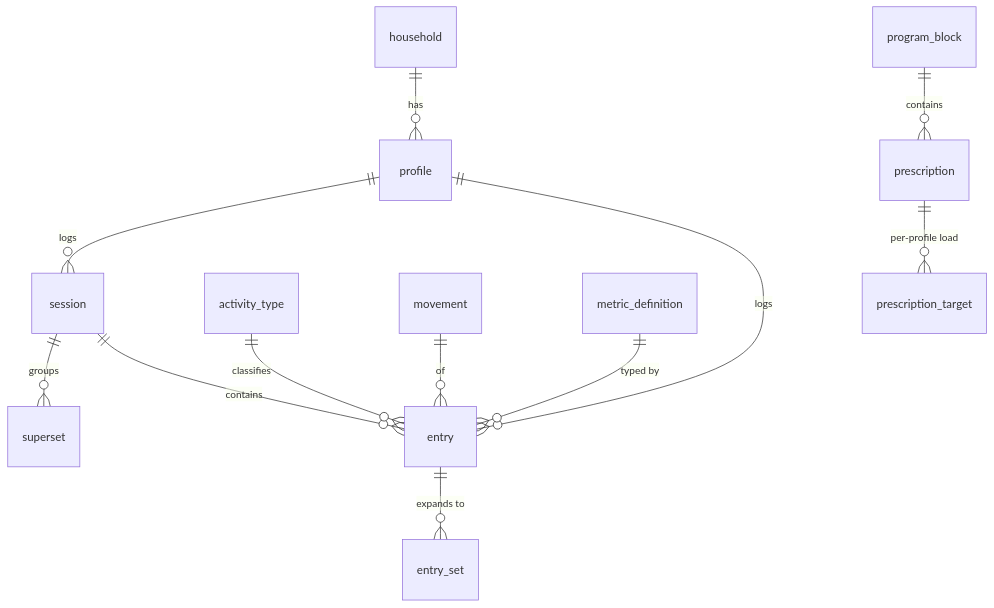
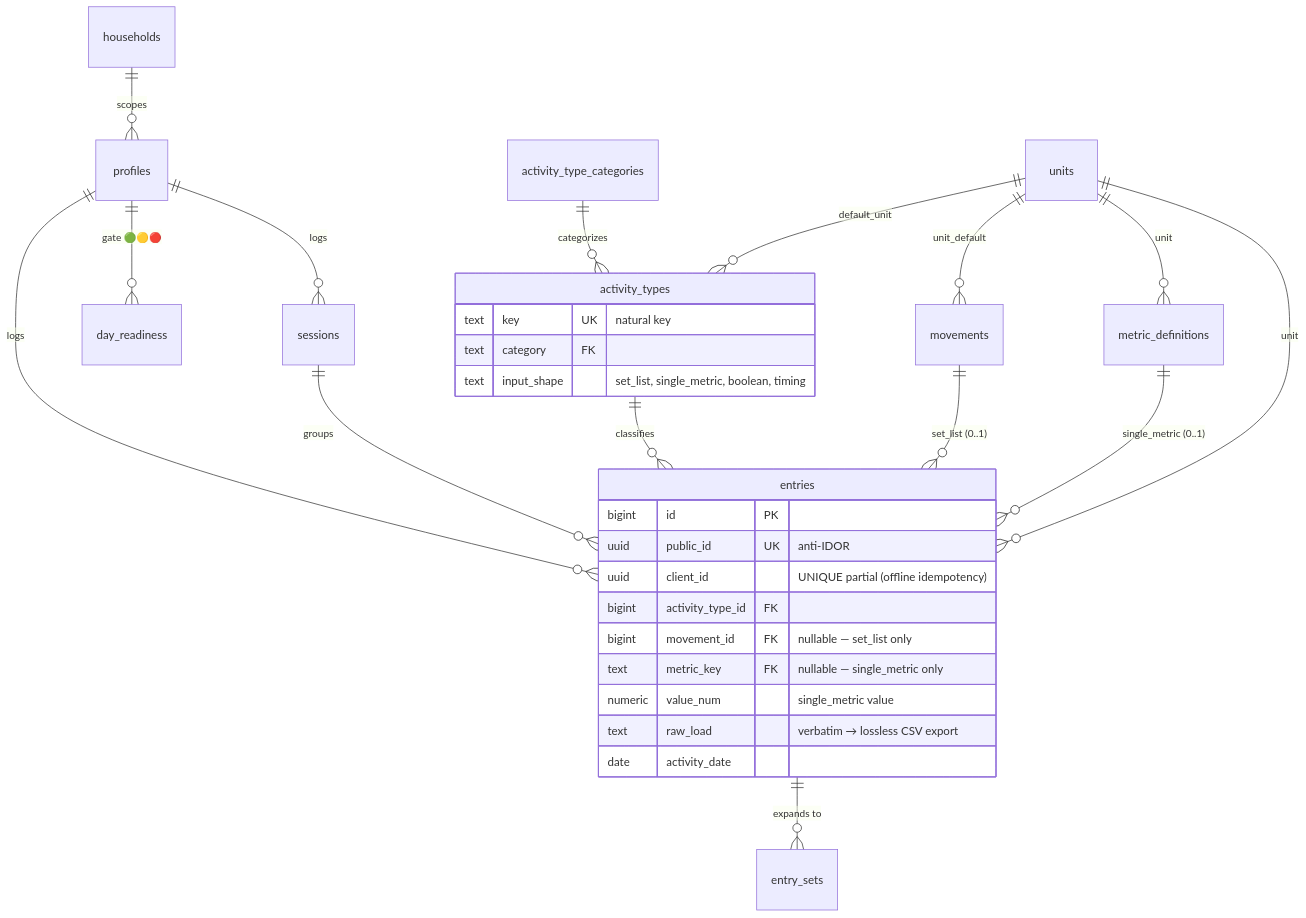
Before and after one commit to ralamode/mat-plan: the fourth of 8 diagrams in docs/architecture.md, drawn with Mermaid. The commit also changed other lines of this file, not shown here.

First line of the commit message:
docs(architecture): refresh ERD + CI topology, add v1 model & build-order diagrams

````diff
--- a/docs/architecture.md
+++ b/docs/architecture.md
@@ -80,14 +87,34 @@
 ```mermaid
 erDiagram
-  household ||--o{ profile : has
-  profile ||--o{ session : logs
-  profile ||--o{ entry : logs
-  session ||--o{ superset : groups
-  session ||--o{ entry : contains
-  entry ||--o{ entry_set : "expands to"
-  activity_type ||--o{ entry : classifies
-  movement ||--o{ entry : "of"
-  metric_definition ||--o{ entry : "typed by"
-  program_block ||--o{ prescription : contains
-  prescription ||--o{ prescription_target : "per-profile load"
+  households ||--o{ profiles : "scopes"
+  profiles ||--o{ sessions : "logs"
+  profiles ||--o{ entries : "logs"
+  profiles ||--o{ day_readiness : "gate 🟢🟡🔴"
+  sessions ||--o{ entries : "groups"
+  entries ||--o{ entry_sets : "expands to"
+  activity_type_categories ||--o{ activity_types : "categorizes"
+  activity_types ||--o{ entries : "classifies"
+  movements ||--o{ entries : "set_list (0..1)"
+  metric_definitions ||--o{ entries : "single_metric (0..1)"
+  units ||--o{ activity_types : "default_unit"
+  units ||--o{ movements : "unit_default"
+  units ||--o{ metric_definitions : "unit"
+  units ||--o{ entries : "unit"
+
+  entries {
+    bigint id PK
+    uuid public_id UK "anti-IDOR"
+    uuid client_id "UNIQUE partial (offline idempotency)"
+    bigint activity_type_id FK
+    bigint movement_id FK "nullable — set_list only"
+    text metric_key FK "nullable — single_metric only"
+    numeric value_num "single_metric value"
+    text raw_load "verbatim → lossless CSV export"
+    date activity_date
+  }
+  activity_types {
+    text key UK "natural key"
+    text category FK
+    text input_shape "set_list, single_metric, boolean, timing"
+  }
 ```
````
